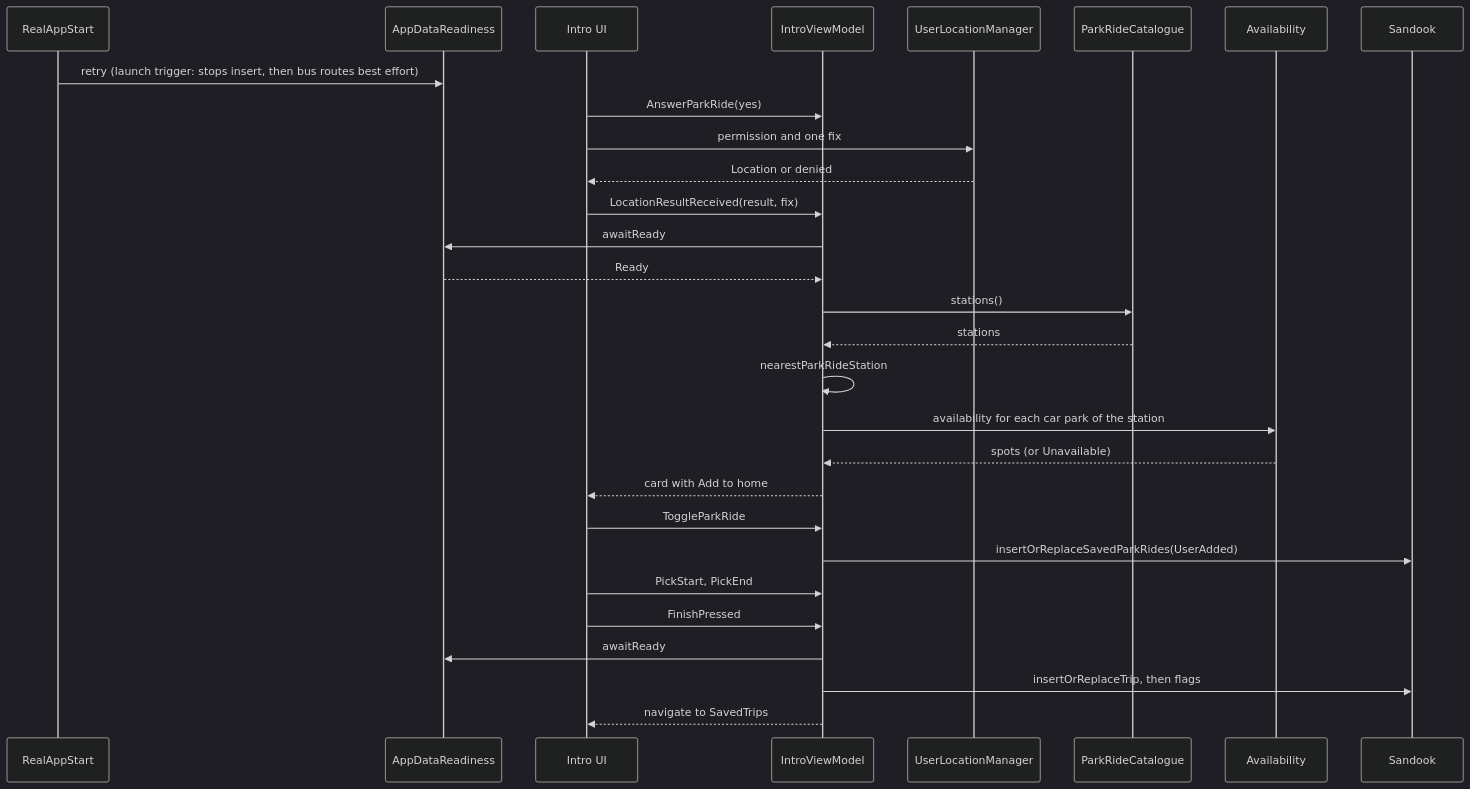
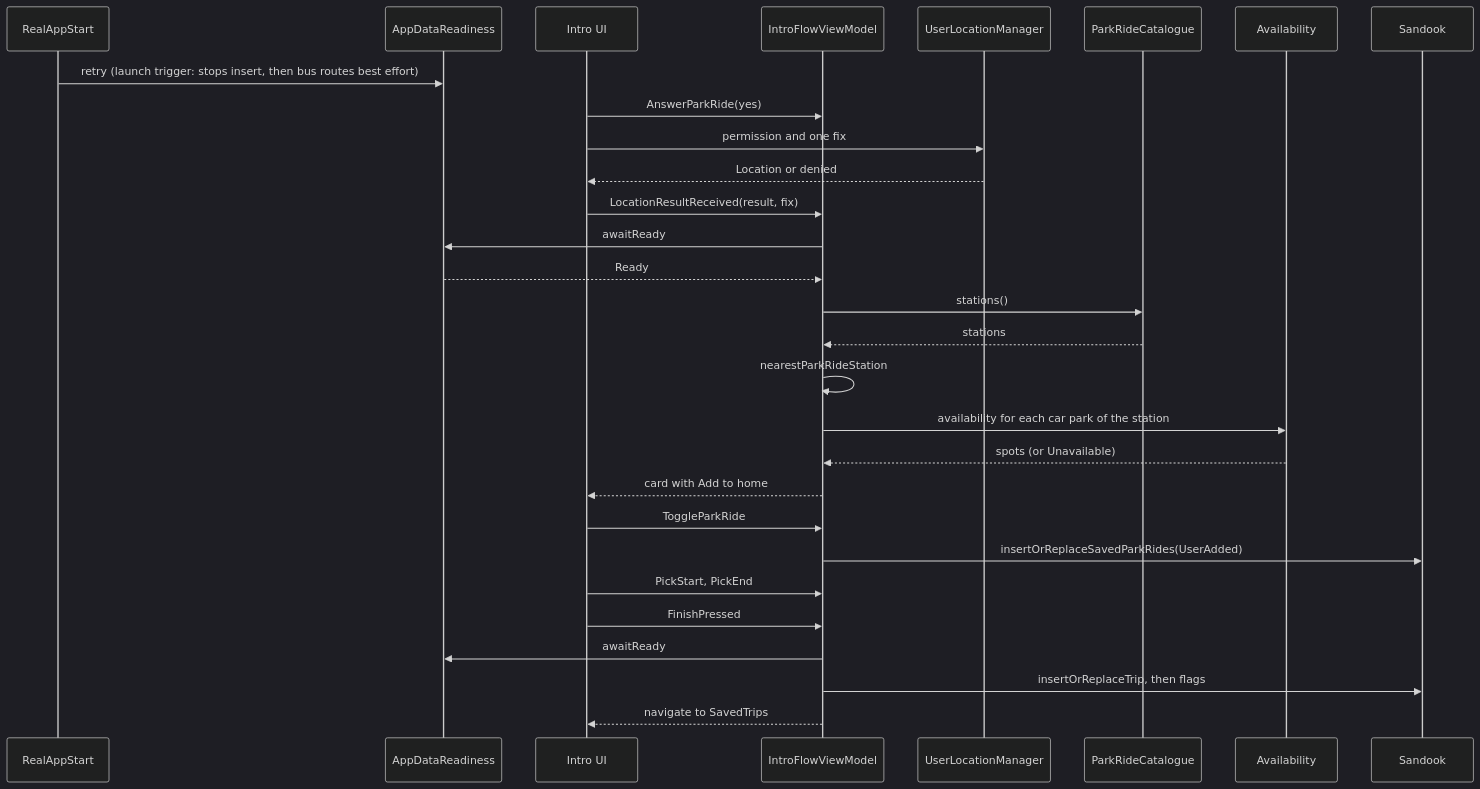
One commit to ksharma-xyz/KRAIL changed the second of 2 diagrams in docs/features/intro/ERD.md. Above: the diagram before and after it, drawn with Mermaid (dark theme). The commit also changed other lines of this file and 21 other files, not shown here.

````diff
--- a/docs/features/intro/ERD.md
+++ b/docs/features/intro/ERD.md
@@ -315,31 +315,31 @@
 ```mermaid
 sequenceDiagram
     participant App as RealAppStart
     participant R as AppDataReadiness
     participant UI as Intro UI
-    participant VM as IntroViewModel
+    participant VM as IntroFlowViewModel
     participant L as UserLocationManager
     participant C as ParkRideCatalogue
     participant A as Availability
     participant DB as Sandook
     App->>R: retry (launch trigger: stops insert, then bus routes best effort)
     UI->>VM: AnswerParkRide(yes)
     UI->>L: permission and one fix
     L-->>UI: Location or denied
     UI->>VM: LocationResultReceived(result, fix)
     VM->>R: awaitReady
     R-->>VM: Ready
     VM->>C: stations()
     C-->>VM: stations
     VM->>VM: nearestParkRideStation
     VM->>A: availability for each car park of the station
     A-->>VM: spots (or Unavailable)
     VM-->>UI: card with Add to home
     UI->>VM: ToggleParkRide
     VM->>DB: insertOrReplaceSavedParkRides(UserAdded)
     UI->>VM: PickStart, PickEnd
     UI->>VM: FinishPressed
     VM->>R: awaitReady
     VM->>DB: insertOrReplaceTrip, then flags
     VM-->>UI: navigate to SavedTrips
 ```
````
